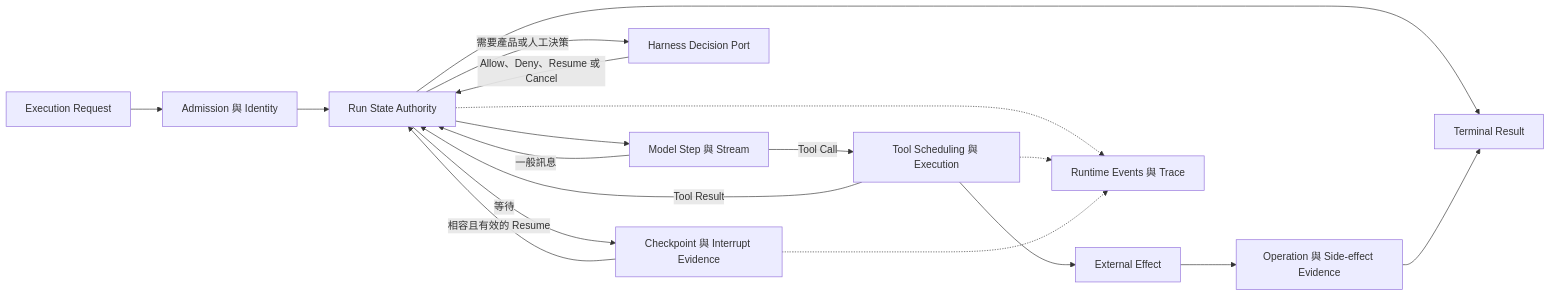
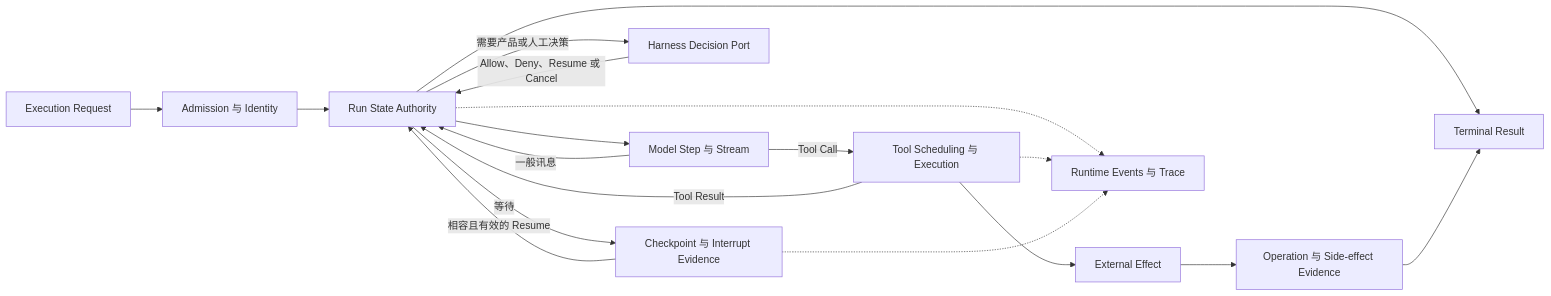
One commit to HsienW/gun-harness-engineering changed the diagram in agent-runtime/foundations/README-zh-CN.md. Above: the diagram before and after it, drawn with Mermaid. The commit also changed other lines of this file and 11 other files, not shown here.

````diff
--- a/agent-runtime/foundations/README-zh-CN.md
+++ b/agent-runtime/foundations/README-zh-CN.md
@@ -26,20 +26,20 @@
 ```mermaid
 flowchart LR
-    Request[Execution Request] --> Admission[Admission 與 Identity]
+    Request[Execution Request] --> Admission[Admission 与 Identity]
     Admission --> State[Run State Authority]
-    State --> Model[Model Step 與 Stream]
-    Model -->|一般訊息| State
-    Model -->|Tool Call| Tool[Tool Scheduling 與 Execution]
+    State --> Model[Model Step 与 Stream]
+    Model -->|一般讯息| State
+    Model -->|Tool Call| Tool[Tool Scheduling 与 Execution]
     Tool -->|Tool Result| State
-    State -->|需要產品或人工決策| Decision[Harness Decision Port]
+    State -->|需要产品或人工决策| Decision[Harness Decision Port]
     Decision -->|Allow、Deny、Resume 或 Cancel| State
-    State -->|等待| Persist[Checkpoint 與 Interrupt Evidence]
+    State -->|等待| Persist[Checkpoint 与 Interrupt Evidence]
     Persist -->|相容且有效的 Resume| State
     Tool --> Effect[External Effect]
-    Effect --> Ledger[Operation 與 Side-effect Evidence]
-    State -.-> Events[Runtime Events 與 Trace]
+    Effect --> Ledger[Operation 与 Side-effect Evidence]
+    State -.-> Events[Runtime Events 与 Trace]
     Tool -.-> Events
     Persist -.-> Events
     State --> Terminal[Terminal Result]
     Ledger --> Terminal
 ```
````
